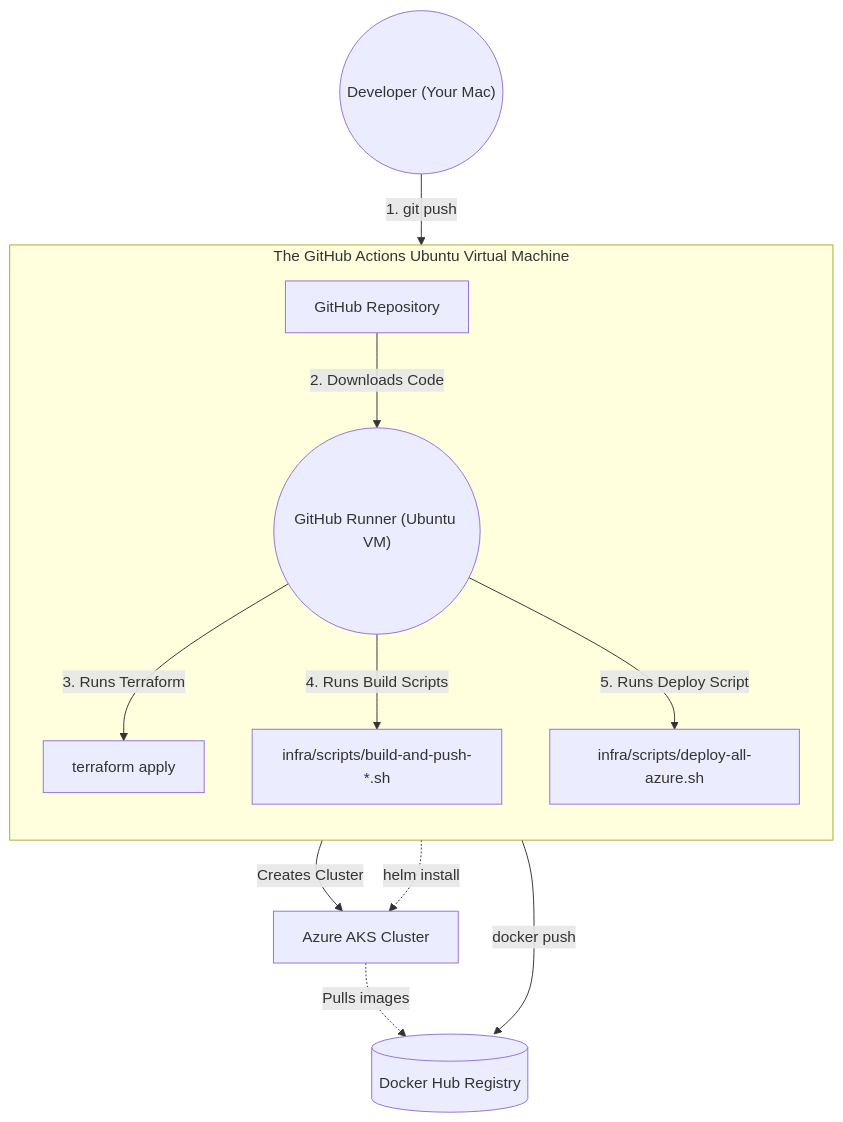
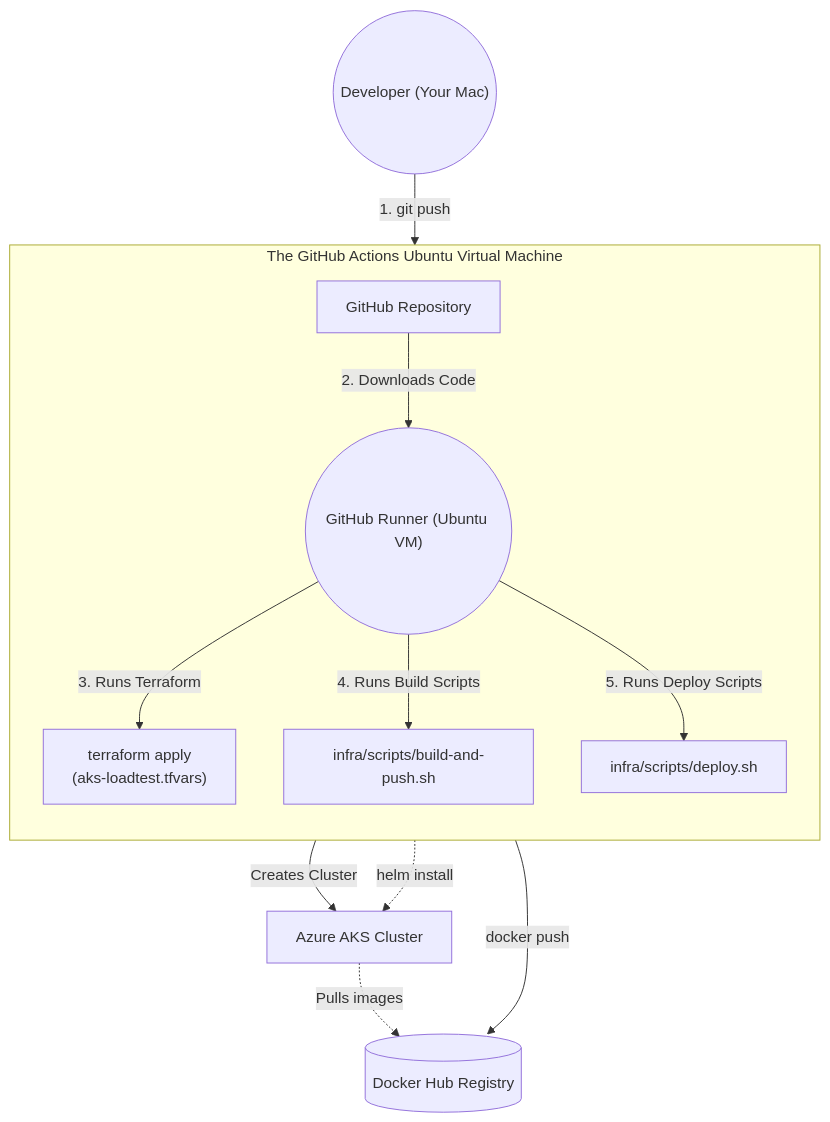
One commit to dcaglar/ecommerce-platform-kotlin changed the diagram in docs/adr-001-azure-infrastructure.md. Above: the diagram before and after it, drawn with Mermaid. The commit also changed other lines of this file and 99 other files, not shown here.

````diff
--- a/docs/adr-001-azure-infrastructure.md
+++ b/docs/adr-001-azure-infrastructure.md
@@ -42,18 +42,18 @@
 ```mermaid
 graph TD
     Dev(("Developer (Your Mac)")) -->|1. git push| GH["GitHub Repository"]
     
     subgraph "The GitHub Actions Ubuntu Virtual Machine"
         direction TB
         GH -->|2. Downloads Code| Runner(("GitHub Runner (Ubuntu VM)"))
         
-        Runner -->|3. Runs Terraform| TF["terraform apply"]
-        Runner -->|4. Runs Build Scripts| Build["infra/scripts/build-and-push-*.sh"]
-        Runner -->|5. Runs Deploy Script| Deploy["infra/scripts/deploy-all-azure.sh"]
+        Runner -->|3. Runs Terraform| TF["terraform apply<br/>(aks-loadtest.tfvars)"]
+        Runner -->|4. Runs Build Scripts| Build["infra/scripts/build-and-push.sh"]
+        Runner -->|5. Runs Deploy Scripts| Deploy["infra/scripts/deploy.sh"]
     end
     
     TF -->|Creates Cluster| AKS["Azure AKS Cluster"]
     Build -->|docker push| DockerHub[("Docker Hub Registry")]
     Deploy -.->|helm install| AKS
     AKS -.->|Pulls images| DockerHub
 ```
````
